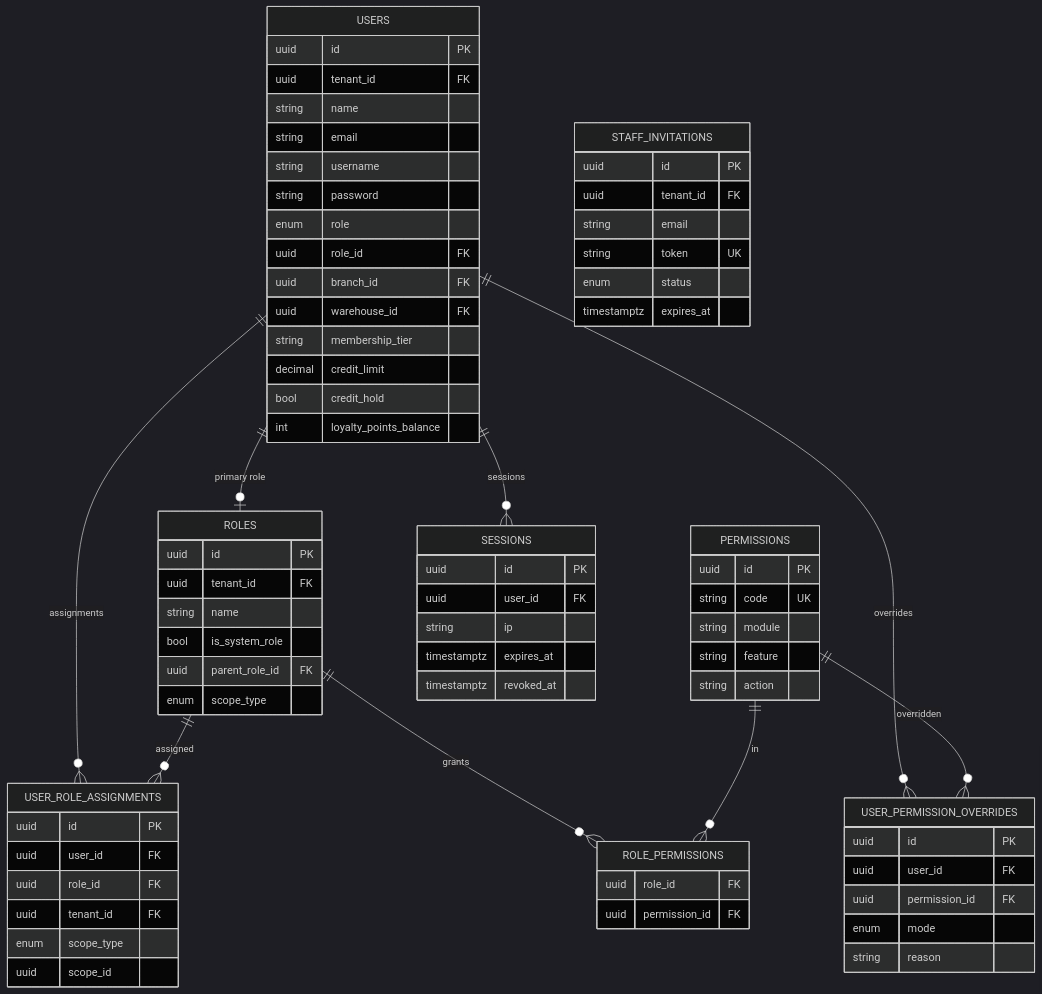
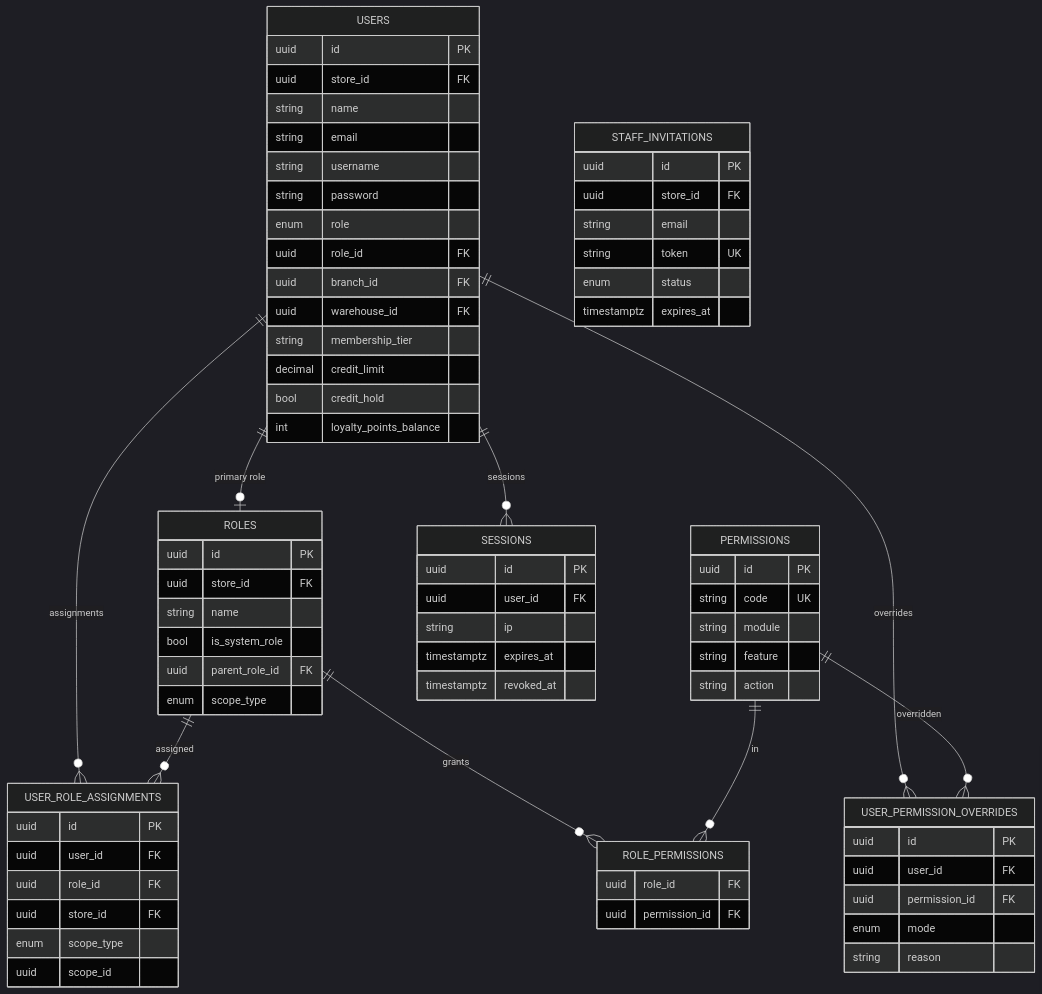
One commit to gowtamkumar/eCommerce-multi-store-saas-erp changed the third of 7 diagrams in doc/system-design/database_design_diagrams.md. Above: the diagram before and after it, drawn with Mermaid (dark theme). The commit also changed other lines of this file and 764 other files, not shown here.

````diff
--- a/doc/system-design/database_design_diagrams.md
+++ b/doc/system-design/database_design_diagrams.md
@@ -127,77 +127,77 @@
 ```mermaid
 erDiagram
   USERS {
     uuid id PK
-    uuid tenant_id FK
+    uuid store_id FK
     string name
     string email
     string username
     string password
     enum role
     uuid role_id FK
     uuid branch_id FK
     uuid warehouse_id FK
     string membership_tier
     decimal credit_limit
     bool credit_hold
     int loyalty_points_balance
   }
   ROLES {
     uuid id PK
-    uuid tenant_id FK
+    uuid store_id FK
     string name
     bool is_system_role
     uuid parent_role_id FK
     enum scope_type
   }
   PERMISSIONS {
     uuid id PK
     string code UK
     string module
     string feature
     string action
   }
   ROLE_PERMISSIONS {
     uuid role_id FK
     uuid permission_id FK
   }
   USER_ROLE_ASSIGNMENTS {
     uuid id PK
     uuid user_id FK
     uuid role_id FK
-    uuid tenant_id FK
+    uuid store_id FK
     enum scope_type
     uuid scope_id
   }
   USER_PERMISSION_OVERRIDES {
     uuid id PK
     uuid user_id FK
     uuid permission_id FK
     enum mode
     string reason
   }
   SESSIONS {
     uuid id PK
     uuid user_id FK
     string ip
     timestamptz expires_at
     timestamptz revoked_at
   }
   STAFF_INVITATIONS {
     uuid id PK
-    uuid tenant_id FK
+    uuid store_id FK
     string email
     string token UK
     enum status
     timestamptz expires_at
   }
 
   USERS ||--o| ROLES                                   : "primary role"
   USERS ||--o{ USER_ROLE_ASSIGNMENTS                   : "assignments"
   ROLES ||--o{ USER_ROLE_ASSIGNMENTS                   : "assigned"
   ROLES ||--o{ ROLE_PERMISSIONS                        : "grants"
   PERMISSIONS ||--o{ ROLE_PERMISSIONS                  : "in"
   USERS ||--o{ USER_PERMISSION_OVERRIDES               : "overrides"
   PERMISSIONS ||--o{ USER_PERMISSION_OVERRIDES         : "overridden"
   USERS ||--o{ SESSIONS                                : "sessions"
 ```
````
